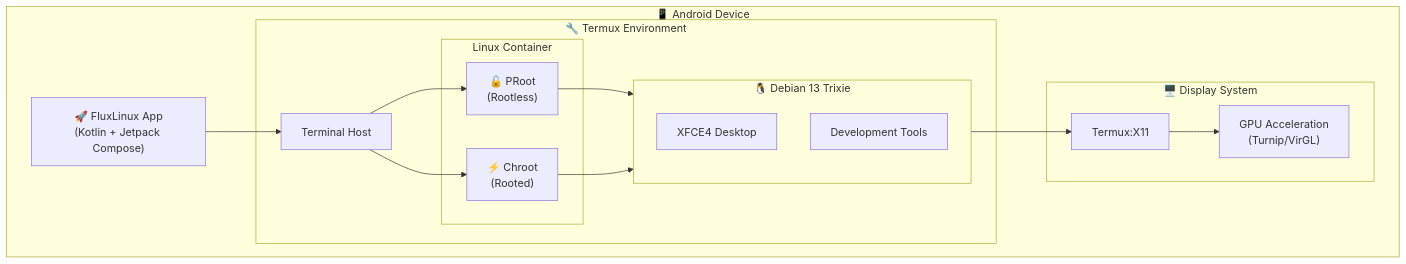
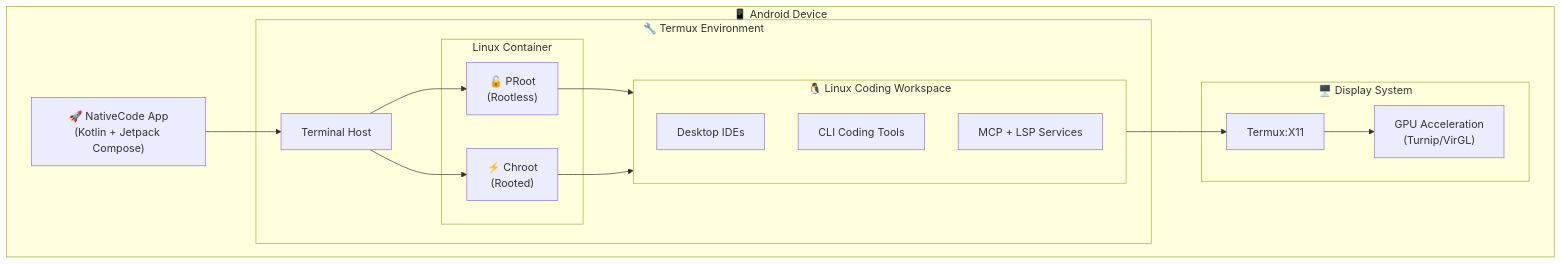
The diagram in README.md (abhay-byte/nativecode), drawn with Mermaid before and after one commit. The commit also changed other lines of this file and 5 other files, not shown here.

Commit message:
Rebrand public docs to NativeCode

````diff
--- a/README.md
+++ b/README.md
@@ -121,33 +122,34 @@
 ```mermaid
 flowchart TB
     subgraph Android["📱 Android Device"]
-        FluxLinux["🚀 FluxLinux App<br/>(Kotlin + Jetpack Compose)"]
-        
+        NativeCode["🚀 NativeCode App<br/>(Kotlin + Jetpack Compose)"]
+
         subgraph Termux["🔧 Termux Environment"]
             TermuxHost["Terminal Host"]
-            
+
             subgraph Container["Linux Container"]
                 PRoot["🔓 PRoot<br/>(Rootless)"]
                 Chroot["⚡ Chroot<br/>(Rooted)"]
             end
-            
-            subgraph Distro["🐧 Debian 13 Trixie"]
-                XFCE["XFCE4 Desktop"]
-                DevTools["Development Tools"]
+
+            subgraph Workspace["🐧 Linux Coding Workspace"]
+                IDEs["Desktop IDEs"]
+                CliTools["CLI Coding Tools"]
+                McpLsp["MCP + LSP Services"]
             end
         end
-        
+
         subgraph Display["🖥️ Display System"]
             X11["Termux:X11"]
             GPU["GPU Acceleration<br/>(Turnip/VirGL)"]
         end
     end
-    
-    FluxLinux --> TermuxHost
+
+    NativeCode --> TermuxHost
     TermuxHost --> PRoot
     TermuxHost --> Chroot
-    PRoot --> Distro
-    Chroot --> Distro
-    Distro --> X11
+    PRoot --> Workspace
+    Chroot --> Workspace
+    Workspace --> X11
     X11 --> GPU
 ```
````
